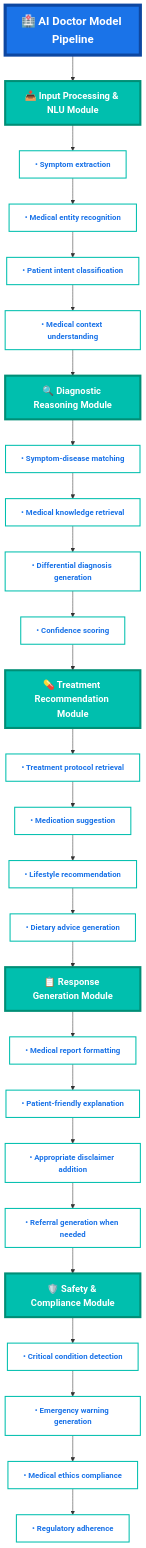
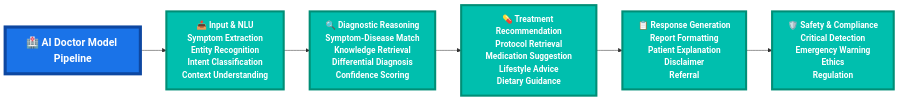
The second of 2 diagrams in README.md (Blacksujit/Health-Summerize-AI), drawn with Mermaid before and after one commit.

Commit message:
added arcitect.  diagram✅✅

````diff
--- a/README.md
+++ b/README.md
@@ -311,76 +311,22 @@
 ```mermaid
-flowchart TB
-  %% Main Header - Standalone and Prominent
-  A["<b style='font-size:22px;'>🏥 AI Doctor Model Pipeline</b>"]
+flowchart LR
+  %% Main Header
+  A["🏥 <b>AI Doctor Model Pipeline</b>"]
 
-  %% Input Processing Module
-  B["<b>📥 Input Processing & NLU Module</b>"]
-  B1["<b>• Symptom extraction</b>"]
-  B2["<b>• Medical entity recognition</b>"]
-  B3["<b>• Patient intent classification</b>"]
-  B4["<b>• Medical context understanding</b>"]
+  %% Modules as compact blocks
+  B["<b>📥 Input & NLU</b><br><span style='font-size:12px;'>Symptom Extraction<br>Entity Recognition<br>Intent Classification<br>Context Understanding</span>"]
+  C["<b>🔍 Diagnostic Reasoning</b><br><span style='font-size:12px;'>Symptom-Disease Match<br>Knowledge Retrieval<br>Differential Diagnosis<br>Confidence Scoring</span>"]
+  D["<b>💊 Treatment Recommendation</b><br><span style='font-size:12px;'>Protocol Retrieval<br>Medication Suggestion<br>Lifestyle Advice<br>Dietary Guidance</span>"]
+  E["<b>📋 Response Generation</b><br><span style='font-size:12px;'>Report Formatting<br>Patient Explanation<br>Disclaimer<br>Referral</span>"]
+  F["<b>🛡️ Safety & Compliance</b><br><span style='font-size:12px;'>Critical Detection<br>Emergency Warning<br>Ethics<br>Regulation</span>"]
 
-  %% Diagnostic Reasoning Module
-  C["<b>🔍 Diagnostic Reasoning Module</b>"]
-  C1["<b>• Symptom-disease matching</b>"]
-  C2["<b>• Medical knowledge retrieval</b>"]
-  C3["<b>• Differential diagnosis generation</b>"]
-  C4["<b>• Confidence scoring</b>"]
+  %% Flow Connections (horizontal, then vertical for last step)
+  A --> B --> C --> D --> E --> F
 
-  %% Treatment Recommendation Module
-  D["<b>💊 Treatment Recommendation Module</b>"]
-  D1["<b>• Treatment protocol retrieval</b>"]
-  D2["<b>• Medication suggestion</b>"]
-  D3["<b>• Lifestyle recommendation</b>"]
-  D4["<b>• Dietary advice generation</b>"]
-
-  %% Response Generation Module
-  E["<b>📋 Response Generation Module</b>"]
-  E1["<b>• Medical report formatting</b>"]
-  E2["<b>• Patient-friendly explanation</b>"]
-  E3["<b>• Appropriate disclaimer addition</b>"]
-  E4["<b>• Referral generation when needed</b>"]
-
-  %% Safety & Compliance Module
-  F["<b>🛡️ Safety & Compliance Module</b>"]
-  F1["<b>• Critical condition detection</b>"]
-  F2["<b>• Emergency warning generation</b>"]
-  F3["<b>• Medical ethics compliance</b>"]
-  F4["<b>• Regulatory adherence</b>"]
-
-  %% Vertical Flow Connections
-  A --> B
-  B --> B1
-  B1 --> B2
-  B2 --> B3
-  B3 --> B4
-  B4 --> C
-  C --> C1
-  C1 --> C2
-  C2 --> C3
-  C3 --> C4
-  C4 --> D
-  D --> D1
-  D1 --> D2
-  D2 --> D3
-  D3 --> D4
-  D4 --> E
-  E --> E1
-  E1 --> E2
-  E2 --> E3
-  E3 --> E4
-  E4 --> F
-  F --> F1
-  F1 --> F2
-  F2 --> F3
-  F3 --> F4
-
-  %% Enhanced Styling for Vertical, Bold, Blocked Layout
-  classDef mainHeader fill:#1a73e8,stroke:#0d47a1,stroke-width:6px,color:#fff,font-weight:bold,font-size:22px
-  classDef moduleHeader fill:#00bfae,stroke:#008e76,stroke-width:4px,color:#fff,font-weight:bold,font-size:18px
-  classDef featureItem fill:#ffffff,stroke:#00bfae,stroke-width:2px,color:#1a73e8,font-weight:bold,font-size:15px
+  %% Styling for compact, bold blocks
+  classDef mainHeader fill:#1a73e8,stroke:#0d47a1,stroke-width:6px,color:#fff,font-weight:bold,font-size:20px
+  classDef moduleBlock fill:#00bfae,stroke:#008e76,stroke-width:4px,color:#fff,font-weight:bold,font-size:16px
 
   class A mainHeader
-  class B,C,D,E,F moduleHeader
-  class B1,B2,B3,B4,C1,C2,C3,C4,D1,D2,D3,D4,E1,E2,E3,E4,F1,F2,F3,F4 featureItem
+  class B,C,D,E,F moduleBlock
 ```
````
